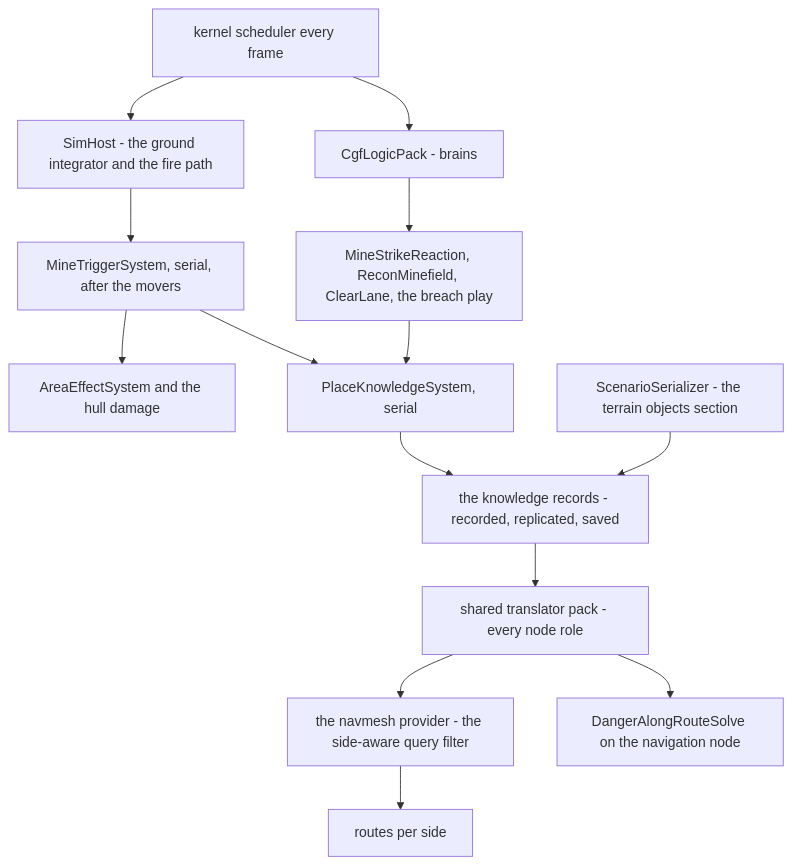
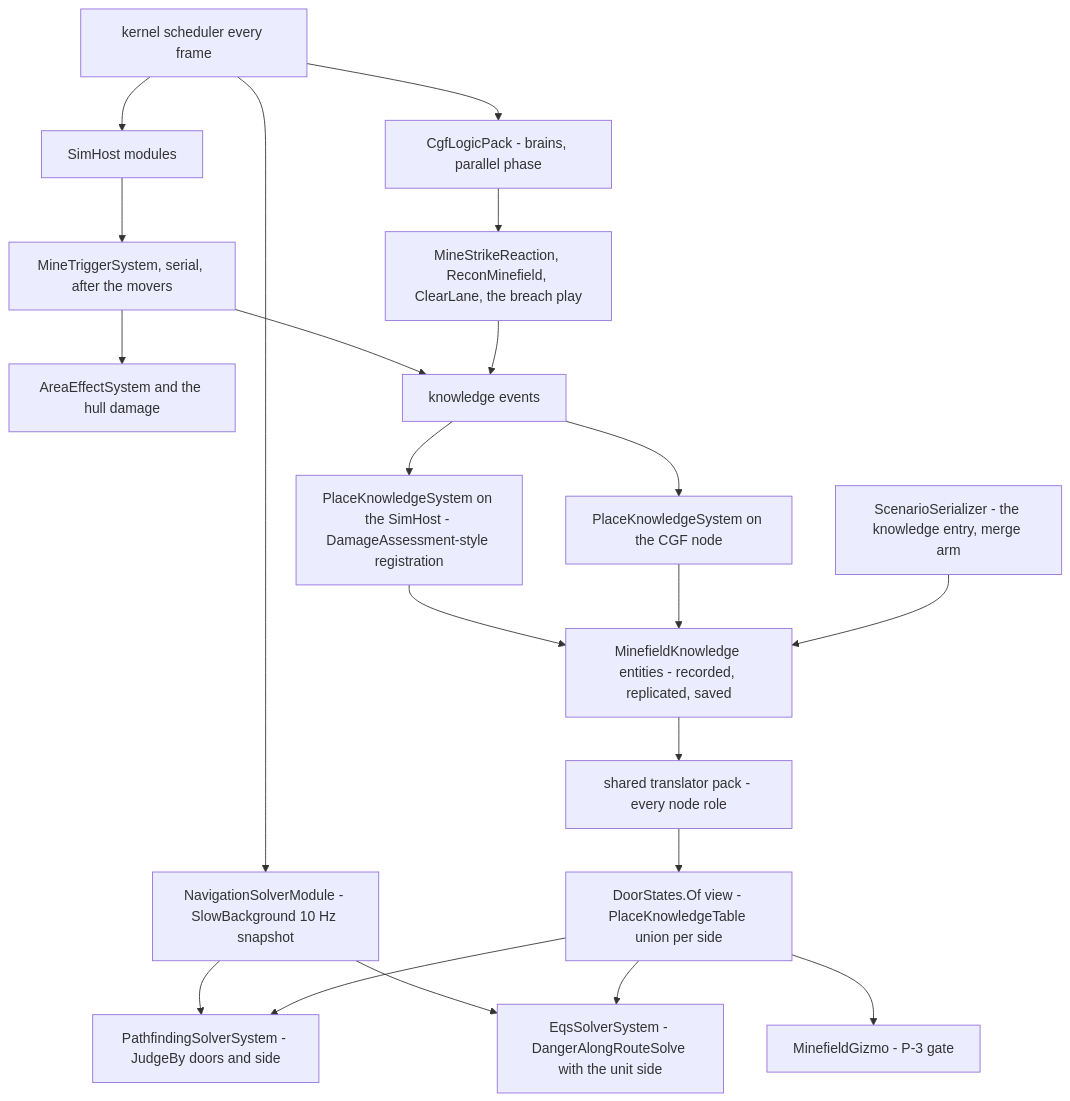
The third of 3 diagrams in docs/designs/minefields/DESIGN_Minefields.md (pjanec/HROT), drawn with Mermaid before and after one commit. The commit also changed other lines of this file and 2 other files, not shown here.

First line of the commit message:
docs(minefields): fold the PlaceKnowledge review (R-4274) — READY-TO-BUILD, slices per lane, the contract; dash acceptance reworded (R-4275)

````diff
--- a/docs/designs/minefields/DESIGN_Minefields.md
+++ b/docs/designs/minefields/DESIGN_Minefields.md
@@ -211,16 +207,23 @@
 ```mermaid
 graph TD
-  SIM[SimHost - the ground integrator and the fire path] --> TR[MineTriggerSystem, serial, after the movers]
+  SCH[kernel scheduler every frame] --> SIM[SimHost modules]
+  SCH --> CGF[CgfLogicPack - brains, parallel phase]
+  SCH --> NAVM[NavigationSolverModule - SlowBackground 10 Hz snapshot]
+  SIM --> TR[MineTriggerSystem, serial, after the movers]
   TR --> AE[AreaEffectSystem and the hull damage]
-  TR --> KS[PlaceKnowledgeSystem, serial]
-  CGF[CgfLogicPack - brains] --> BEH[MineStrikeReaction, ReconMinefield, ClearLane, the breach play]
-  BEH --> KS
-  NAV[the navmesh provider - the side-aware query filter] --> ROUTES[routes per side]
-  KS --> REC[the knowledge records - recorded, replicated, saved]
+  TR --> EV[knowledge events]
+  CGF --> BEH[MineStrikeReaction, ReconMinefield, ClearLane, the breach play]
+  BEH --> EV
+  EV --> KS1[PlaceKnowledgeSystem on the SimHost - DamageAssessment-style registration]
+  EV --> KS2[PlaceKnowledgeSystem on the CGF node]
+  KS1 --> REC[MinefieldKnowledge entities - recorded, replicated, saved]
+  KS2 --> REC
   REC --> SHARED[shared translator pack - every node role]
-  SHARED --> NAV
-  SHARED --> DS[DangerAlongRouteSolve on the navigation node]
-  SAVE[ScenarioSerializer - the terrain objects section] --> REC
-  SCH[kernel scheduler every frame] --> SIM
-  SCH --> CGF
+  SHARED --> TAB[DoorStates.Of view - PlaceKnowledgeTable union per side]
+  NAVM --> PF[PathfindingSolverSystem - JudgeBy doors and side]
+  NAVM --> EQS[EqsSolverSystem - DangerAlongRouteSolve with the unit side]
+  TAB --> PF
+  TAB --> EQS
+  TAB --> GIZ[MinefieldGizmo - P-3 gate]
+  SAVE[ScenarioSerializer - the knowledge entry, merge arm] --> REC
 ```
````
